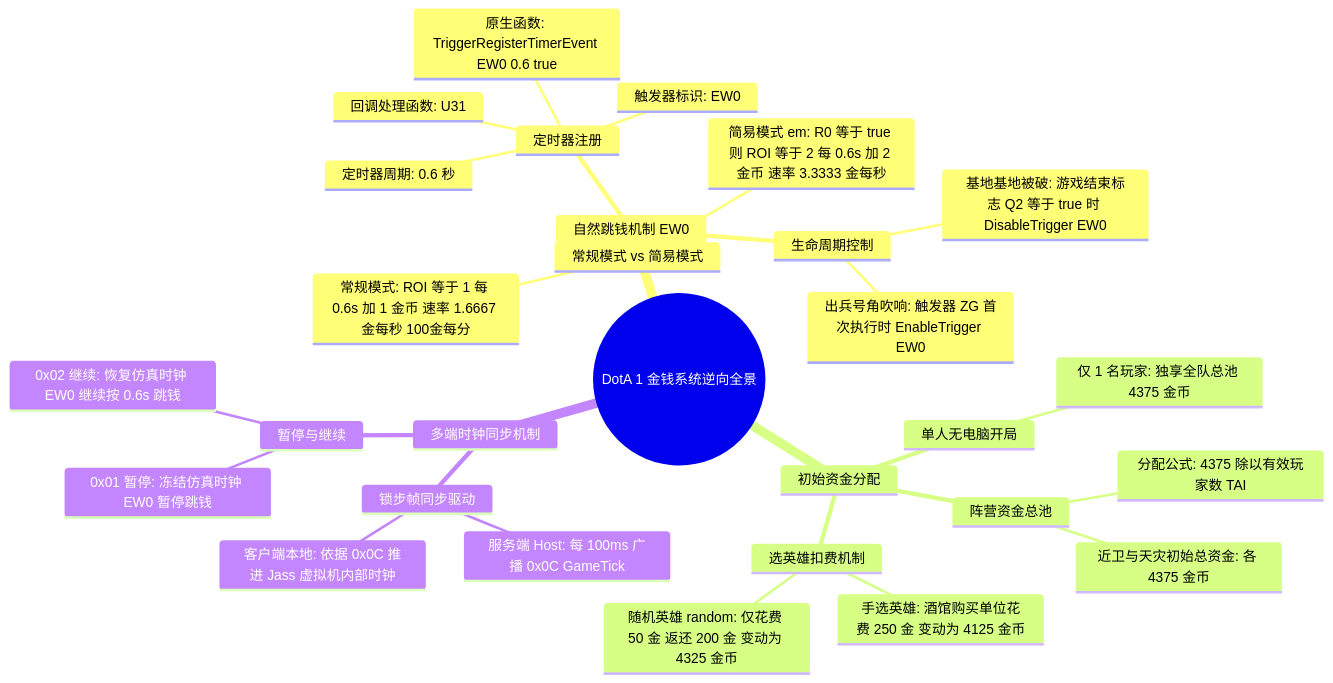
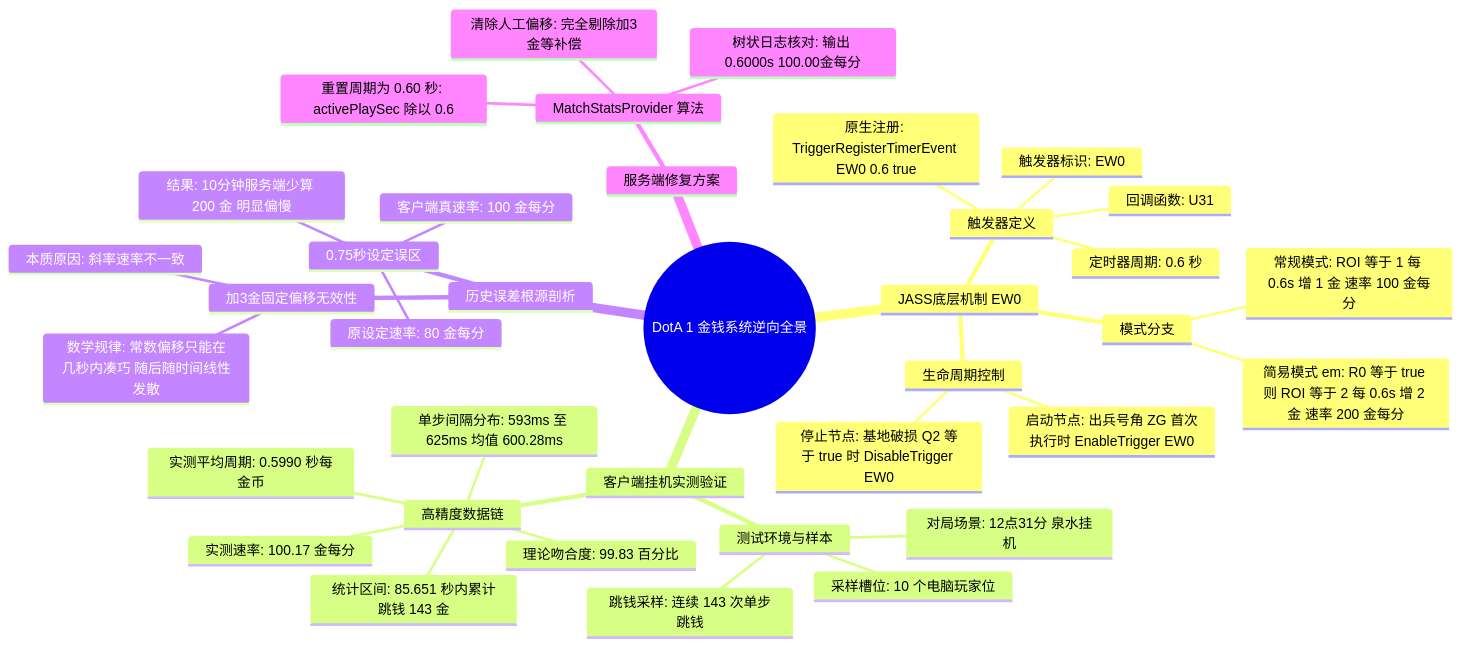
One commit to wuxiancong/War3Analysis changed the diagram in analyses/dota-gold-periodic-increment-mechanism-mindmap.md. Above: the diagram before and after it, drawn with Mermaid. The commit also changed other lines of this file and 6 other files, not shown here.

````diff
--- a/analyses/dota-gold-periodic-increment-mechanism-mindmap.md
+++ b/analyses/dota-gold-periodic-increment-mechanism-mindmap.md
@@ -3,32 +3,40 @@
 ```mermaid
 mindmap
   root((DotA 1 金钱系统逆向全景))
-    自然跳钱机制 EW0
-      定时器注册
+    JASS底层机制 EW0
+      触发器定义
         触发器标识: EW0
         定时器周期: 0.6 秒
-        原生函数: TriggerRegisterTimerEvent EW0 0.6 true
-        回调处理函数: U31
-      常规模式 vs 简易模式
-        常规模式: ROI 等于 1 每 0.6s 加 1 金币 速率 1.6667 金每秒 100金每分
-        简易模式 em: R0 等于 true 则 ROI 等于 2 每 0.6s 加 2 金币 速率 3.3333 金每秒
+        原生注册: TriggerRegisterTimerEvent EW0 0.6 true
+        回调函数: U31
+      模式分支
+        常规模式: ROI 等于 1 每 0.6s 增 1 金 速率 100 金每分
+        简易模式 em: R0 等于 true 则 ROI 等于 2 每 0.6s 增 2 金 速率 200 金每分
       生命周期控制
-        出兵号角吹响: 触发器 ZG 首次执行时 EnableTrigger EW0
-        基地基地被破: 游戏结束标志 Q2 等于 true 时 DisableTrigger EW0
-    初始资金分配
-      阵营资金总池
-        近卫与天灾初始总资金: 各 4375 金币
-        分配公式: 4375 除以有效玩家数 TAI
-      单人无电脑开局
-        仅 1 名玩家: 独享全队总池 4375 金币
-      选英雄扣费机制
-        手选英雄: 酒馆购买单位花费 250 金 变动为 4125 金币
-        随机英雄 random: 仅花费 50 金 返还 200 金 变动为 4325 金币
-    多端时钟同步机制
-      锁步帧同步驱动
-        服务端 Host: 每 100ms 广播 0x0C GameTick
-        客户端本地: 依据 0x0C 推进 Jass 虚拟机内部时钟
-      暂停与继续
-        0x01 暂停: 冻结仿真时钟 EW0 暂停跳钱
-        0x02 继续: 恢复仿真时钟 EW0 继续按 0.6s 跳钱
+        启动节点: 出兵号角 ZG 首次执行时 EnableTrigger EW0
+        停止节点: 基地破损 Q2 等于 true 时 DisableTrigger EW0
+    客户端挂机实测验证
+      测试环境与样本
+        对局场景: 12点31分 泉水挂机
+        采样槽位: 10 个电脑玩家位
+        跳钱采样: 连续 143 次单步跳钱
+      高精度数据链
+        统计区间: 85.651 秒内累计跳钱 143 金
+        实测平均周期: 0.5990 秒每金币
+        单步间隔分布: 593ms 至 625ms 均值 600.28ms
+        实测速率: 100.17 金每分
+        理论吻合度: 99.83 百分比
+    历史误差根源剖析
+      0.75秒设定误区
+        原设定速率: 80 金每分
+        客户端真速率: 100 金每分
+        结果: 10分钟服务端少算 200 金 明显偏慢
+      加3金固定偏移无效性
+        本质原因: 斜率速率不一致
+        数学规律: 常数偏移只能在几秒内凑巧 随后随时间线性发散
+    服务端修复方案
+      MatchStatsProvider 算法
+        重置周期为 0.60 秒: activePlaySec 除以 0.6
+        清除人工偏移: 完全剔除加3金等补偿
+        树状日志核对: 输出 0.6000s 100.00金每分
 ```
````
